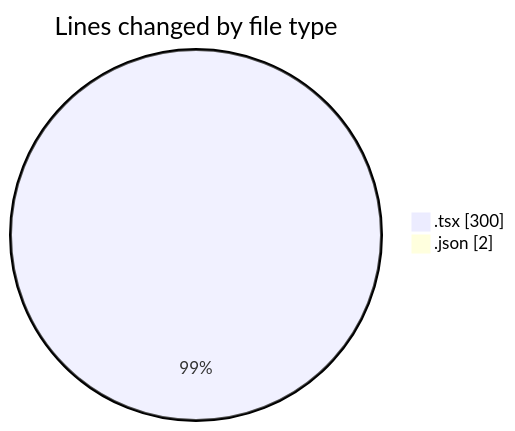
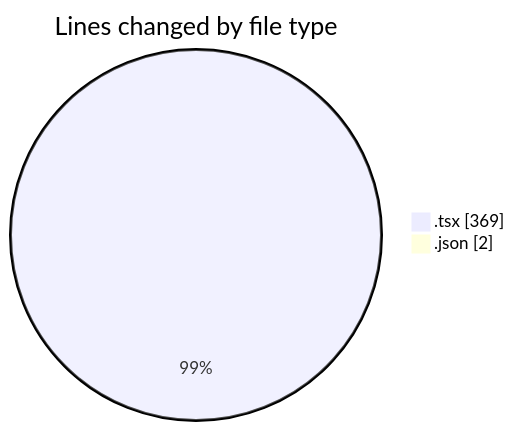
The first of 2 diagrams in 2025-11-27/eventscop-frontend-guide__workspace_/README.md (julien-gomy/code-tracking), drawn with Mermaid before and after one commit. The commit also changed other lines of this file and 1 other file, not shown here.

````diff
--- a/2025-11-27/eventscop-frontend-guide__workspace_/README.md
+++ b/2025-11-27/eventscop-frontend-guide__workspace_/README.md
@@ -24,6 +25,6 @@
 ```mermaid
 pie showData
 title Lines changed by file type
-".tsx" : 300
+".tsx" : 369
 ".json" : 2
 ```
````
